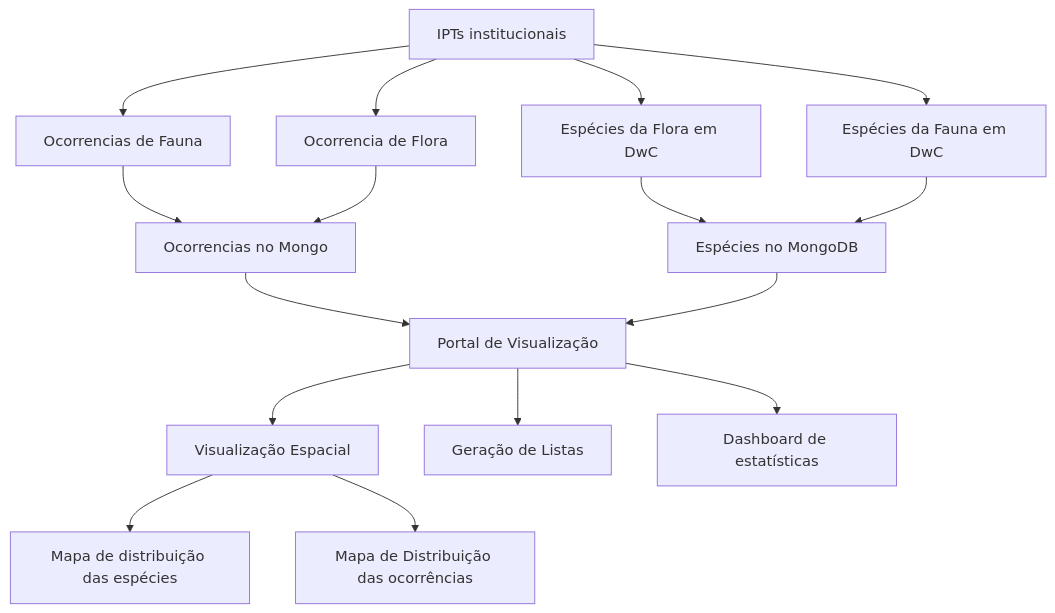
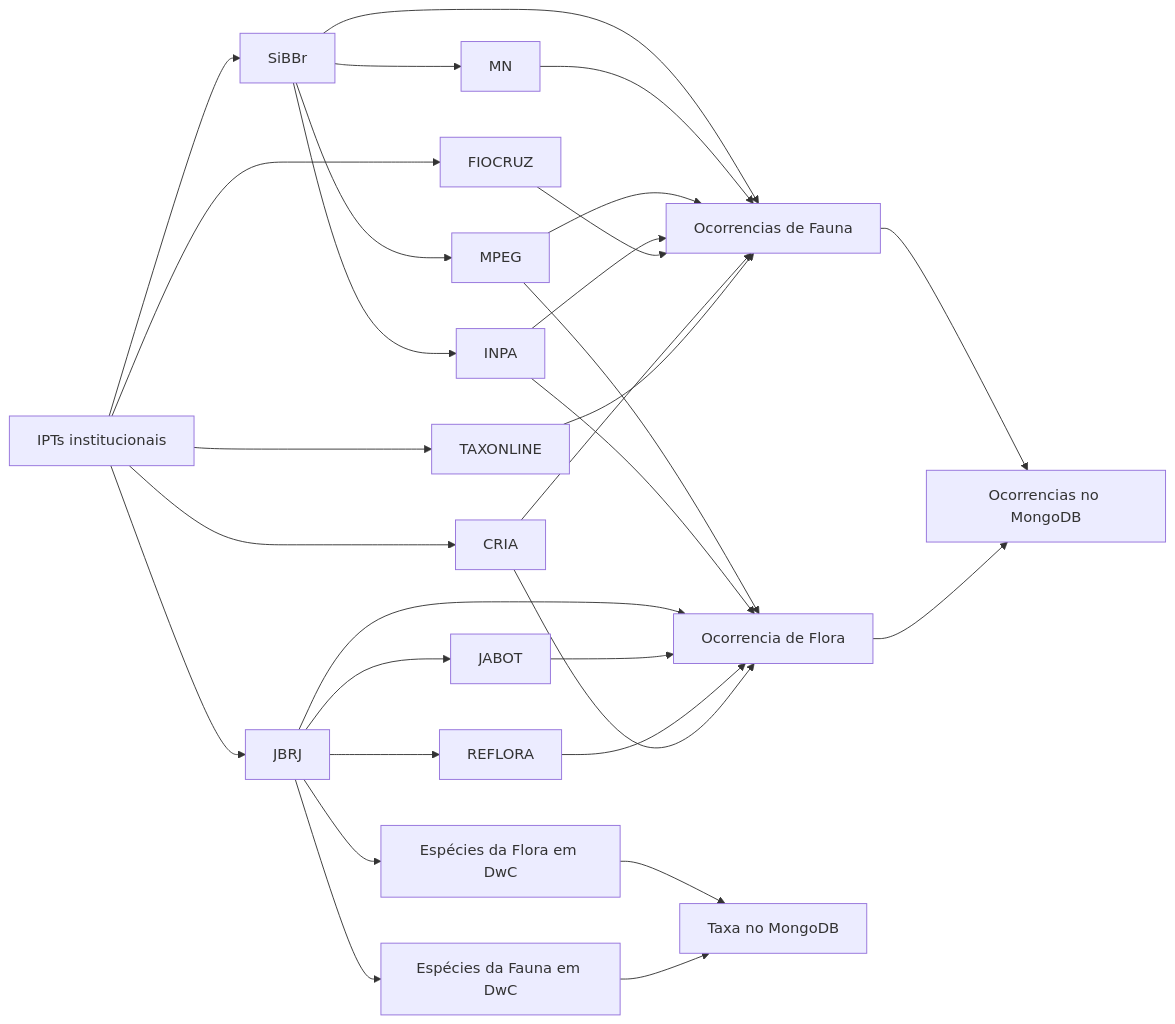
One commit to biopinda/Biodiversidade-Online changed the diagram in README.md. Above: the diagram before and after it, drawn with Mermaid. The commit also changed other lines of this file, not shown here.

````diff
--- a/README.md
+++ b/README.md
@@ -18,20 +18,35 @@
 ```mermaid
-flowchart TD
-    0[IPTs institucionais] --> 1
-    0 --> 2
-    0 --> 3
-    0 --> 4
-    1[Espécies da Flora em DwC] --> A[Espécies no MongoDB]
-    2[Espécies da Fauna em DwC] --> A
-    3[Ocorrencias de Fauna] --> B[Ocorrencias no Mongo]
-    4[Ocorrencia de Flora] --> B
-    B --> 5[Portal de Visualização]
-    A --> 5
-    5 --> 6[Visualização Espacial]
-    5 --> 7[Geração de Listas]
-    5 --> 8[Dashboard de estatísticas]
-    6 --> 9[Mapa de distribuição das espécies]
-    6 --> 10[Mapa de Distribuição das ocorrências]
+flowchart LR
+    0[IPTs institucionais] --> 1[SiBBr]
+    
+    0 --> 2[JBRJ]
+    2 --> 3[JABOT]
+    2 --> 4[REFLORA]
+    0 --> 5[FIOCRUZ]
+    0 --> 6[CRIA]
+    0 --> 7[TAXONLINE]
+    1 --> 11[MN]
+    1 --> 12[MPEG]
+    1 --> 13[INPA]
+    1 --> C
 
+    11 --> C
+    12 --> C
+    12 --> D
+    13 --> D
+    13 --> C
+    2 --> A
+    2 --> B
+    2 --> D
+    3 --> D
+    4 --> D
+    5 --> C
+    6 --> C
+    6 --> D
+    7 --> C
 
+    A[Espécies da Flora em DwC] --> A1[Taxa no MongoDB]
+    B[Espécies da Fauna em DwC] --> A1
+    C[Ocorrencias de Fauna] --> C1[Ocorrencias no MongoDB]
+    D[Ocorrencia de Flora] --> C1
 ```
````
